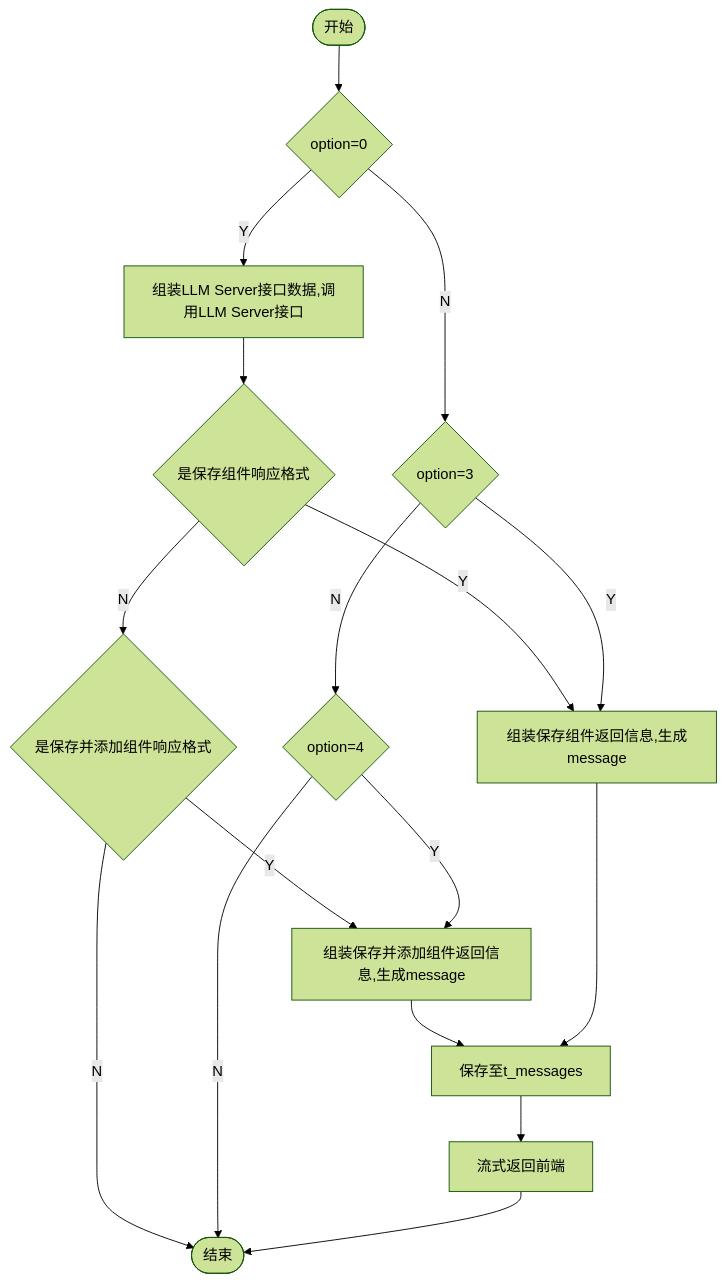
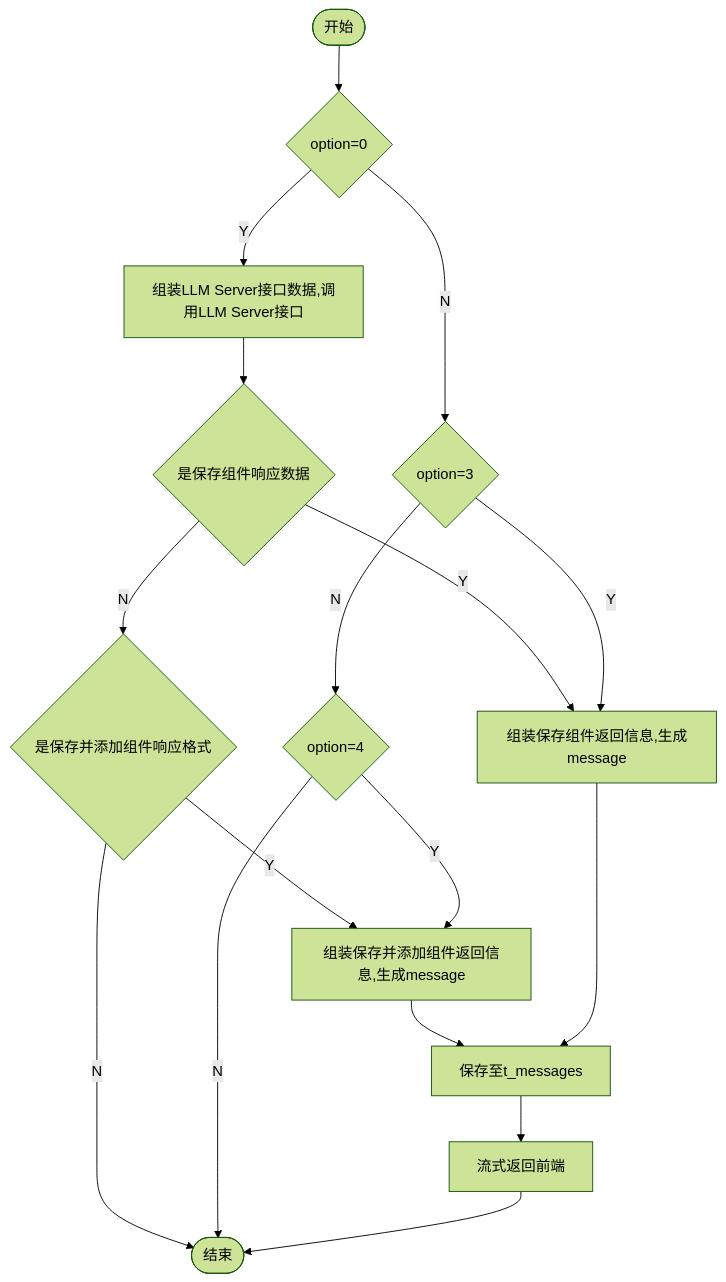
Before and after one commit to yingjianzh/iodraw-files: the diagram in all/添加保存组件.md, drawn with Mermaid (forest theme).

Commit message:
2024-10-14 13:38:40 update

````diff
--- a/all/添加保存组件.md
+++ b/all/添加保存组件.md
@@ -1,19 +1,19 @@
 ```mermaid
 flowchart TD
     A([开始]) --> B{option=0}
     B -- Y --> C[组装LLM Server接口数据,调用LLM Server接口]
     B -- N --> D{option=3}
-    C --> E{是保存组件响应格式}
+    C --> E{是保存组件响应数据}
     E -- Y --> F[组装保存组件返回信息,生成message]
     E -- N --> L{是保存并添加组件响应格式}
     L -- Y --> K
     L -- N --> I
     D -- Y --> F
     D -- N --> J{option=4}
     J -- Y --> K[组装保存并添加组件返回信息,生成message]
     K --> G
     J -- N --> I
     F --> G[保存至t_messages]
     G --> H[流式返回前端]
     H --> I([结束])
 ```
````
